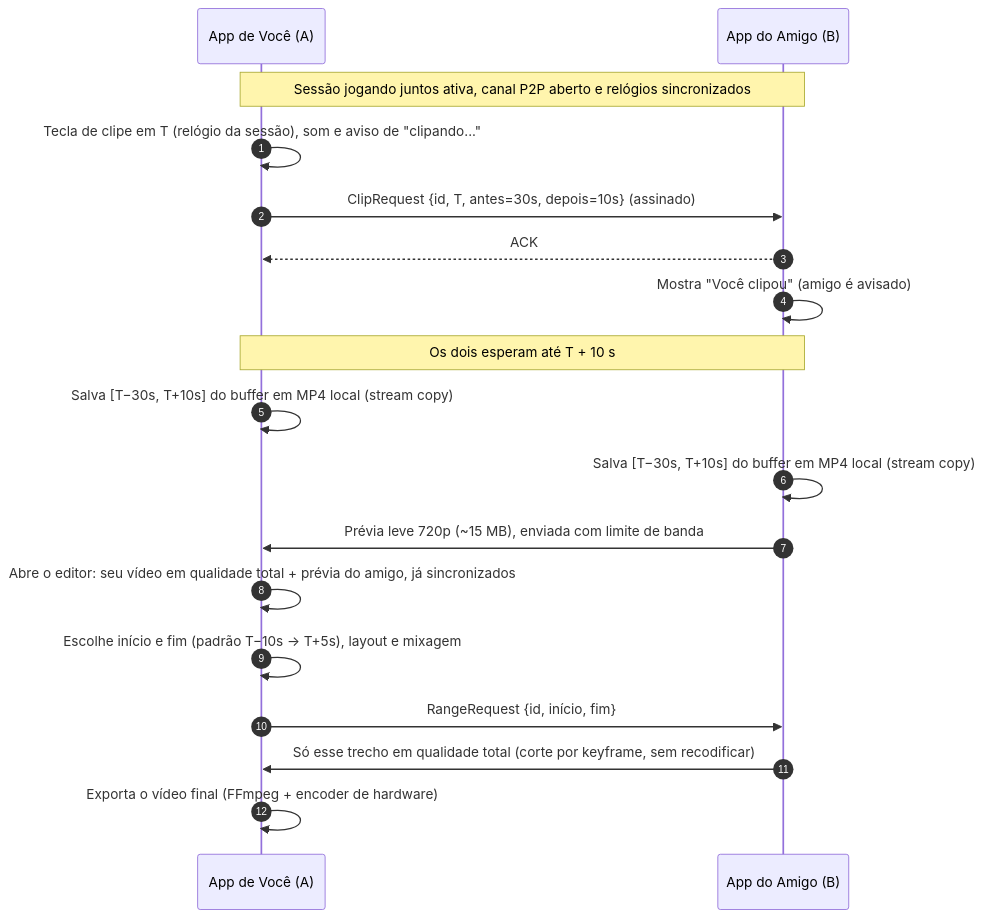
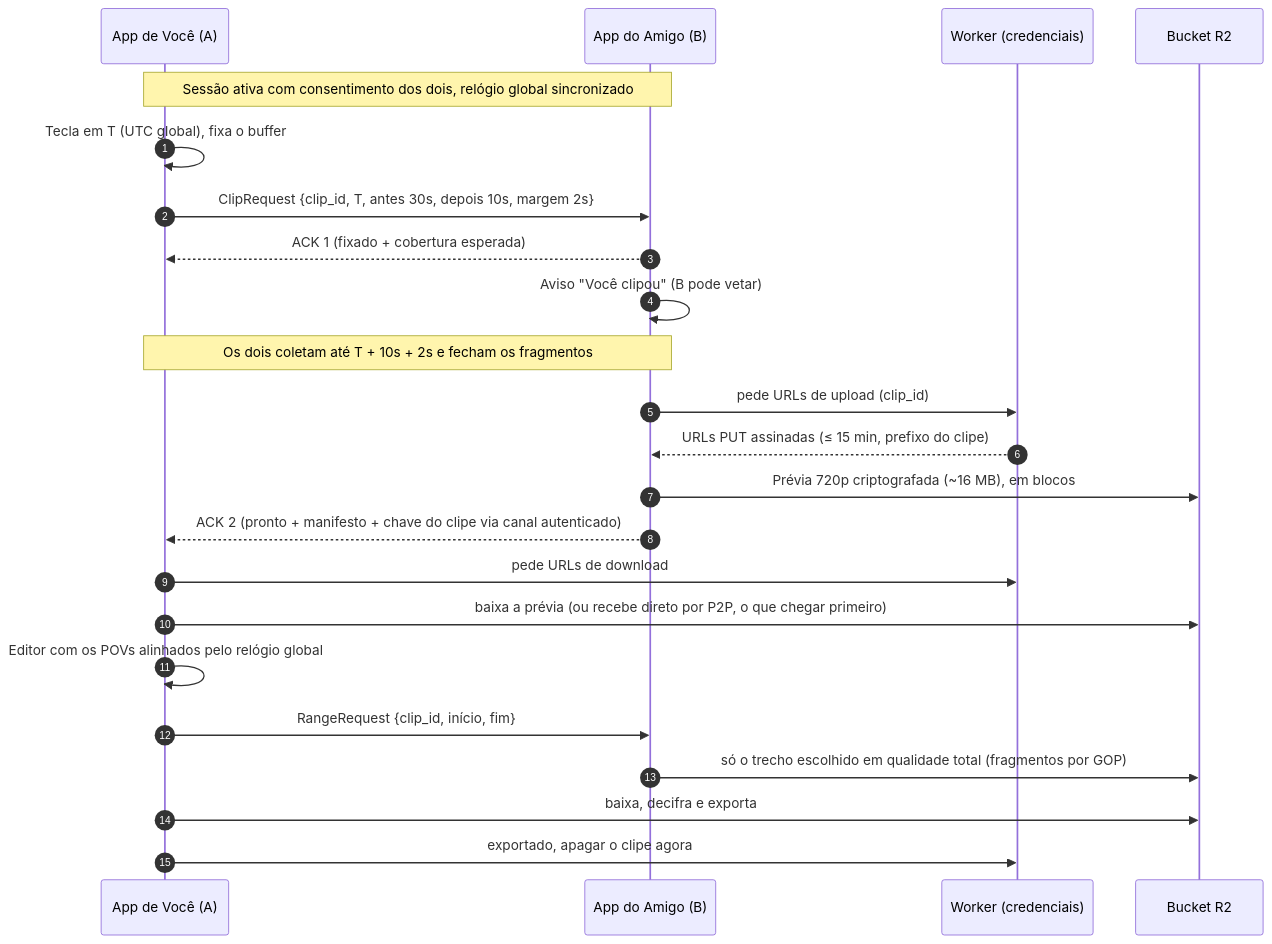
One commit to culturagrowth/code changed the fourth of 4 diagrams in docs/pesquisa-app-clipes-sincronizados.md. Above: the diagram before and after it, drawn with Mermaid. The commit also changed other lines of this file and 1 other file, not shown here.

First line of the commit message:
docs: v2 da pesquisa — relógio global, pós-roll, bucket e métodos de captura

````diff
--- a/docs/pesquisa-app-clipes-sincronizados.md
+++ b/docs/pesquisa-app-clipes-sincronizados.md
@@ -314,20 +464,25 @@
 ```mermaid
 sequenceDiagram
     autonumber
     participant A as App de Você (A)
     participant B as App do Amigo (B)
-    Note over A,B: Sessão jogando juntos ativa, canal P2P aberto e relógios sincronizados
-    A->>A: Tecla de clipe em T (relógio da sessão), som e aviso de "clipando..."
-    A->>B: ClipRequest {id, T, antes=30s, depois=10s} (assinado)
-    B-->>A: ACK
-    B->>B: Mostra "Você clipou" (amigo é avisado)
-    Note over A,B: Os dois esperam até T + 10 s
-    A->>A: Salva [T−30s, T+10s] do buffer em MP4 local (stream copy)
-    B->>B: Salva [T−30s, T+10s] do buffer em MP4 local (stream copy)
-    B->>A: Prévia leve 720p (~15 MB), enviada com limite de banda
-    A->>A: Abre o editor: seu vídeo em qualidade total + prévia do amigo, já sincronizados
-    A->>A: Escolhe início e fim (padrão T−10s → T+5s), layout e mixagem
-    A->>B: RangeRequest {id, início, fim}
-    B->>A: Só esse trecho em qualidade total (corte por keyframe, sem recodificar)
-    A->>A: Exporta o vídeo final (FFmpeg + encoder de hardware)
+    participant W as Worker (credenciais)
+    participant R as Bucket R2
+    Note over A,B: Sessão ativa com consentimento dos dois, relógio global sincronizado
+    A->>A: Tecla em T (UTC global), fixa o buffer
+    A->>B: ClipRequest {clip_id, T, antes 30s, depois 10s, margem 2s}
+    B-->>A: ACK 1 (fixado + cobertura esperada)
+    B->>B: Aviso "Você clipou" (B pode vetar)
+    Note over A,B: Os dois coletam até T + 10s + 2s e fecham os fragmentos
+    B->>W: pede URLs de upload (clip_id)
+    W-->>B: URLs PUT assinadas (≤ 15 min, prefixo do clipe)
+    B->>R: Prévia 720p criptografada (~16 MB), em blocos
+    B-->>A: ACK 2 (pronto + manifesto + chave do clipe via canal autenticado)
+    A->>W: pede URLs de download
+    A->>R: baixa a prévia (ou recebe direto por P2P, o que chegar primeiro)
+    A->>A: Editor com os POVs alinhados pelo relógio global
+    A->>B: RangeRequest {clip_id, início, fim}
+    B->>R: só o trecho escolhido em qualidade total (fragmentos por GOP)
+    A->>R: baixa, decifra e exporta
+    A->>W: exportado, apagar o clipe agora
 ```
````
